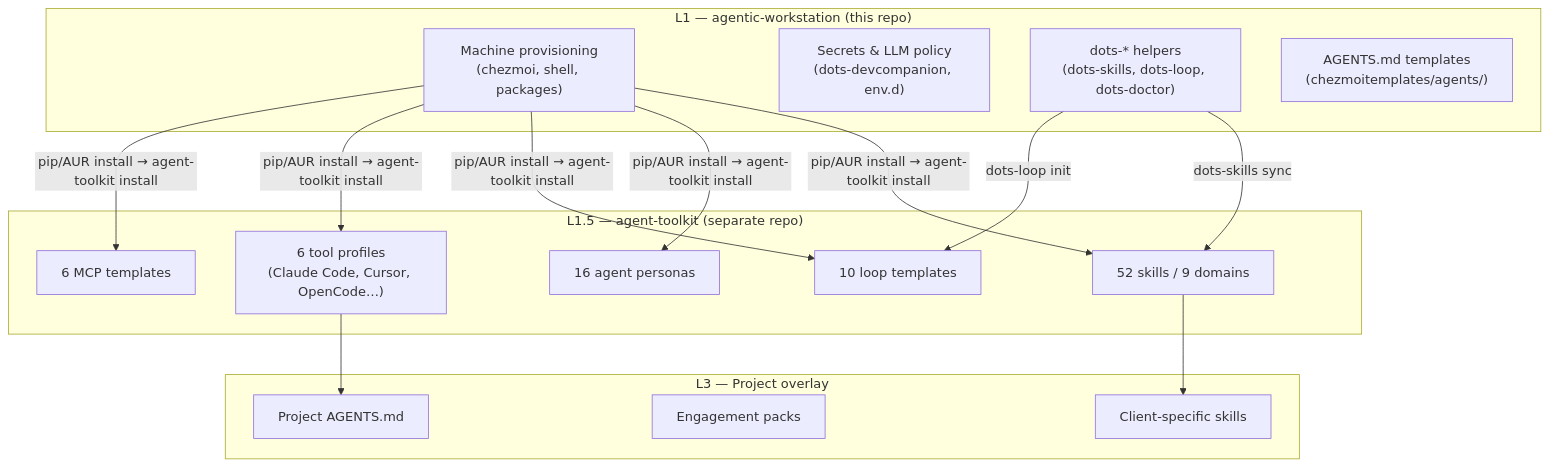
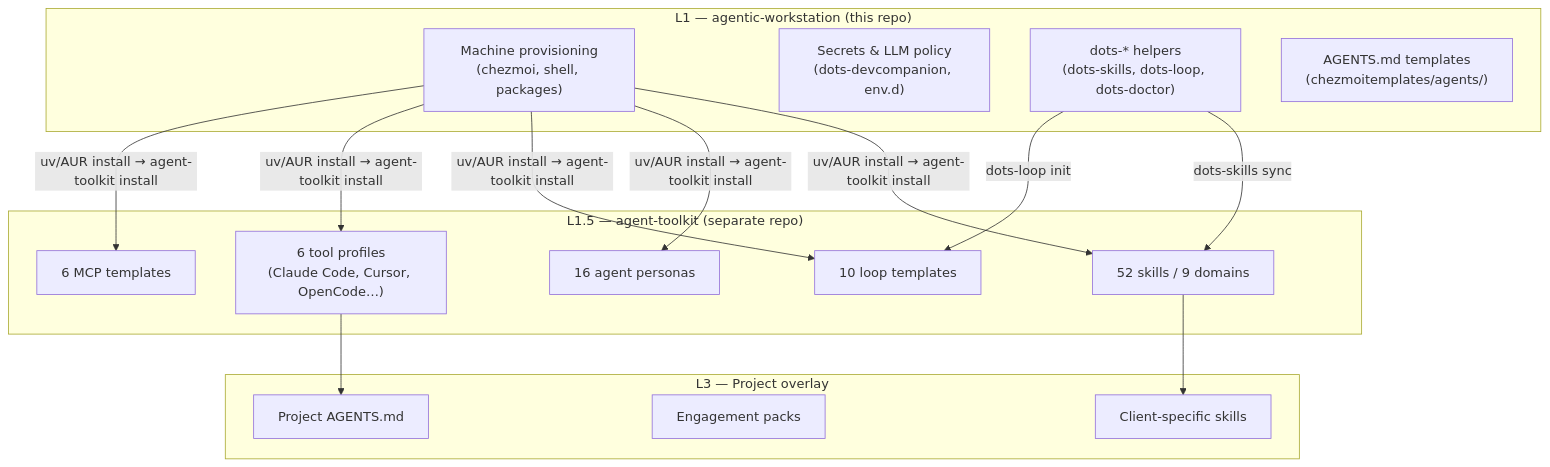
The second of 2 diagrams in docs/ARCHITECTURE.md (ulises-jeremias/agentic-workstation), drawn with Mermaid before and after one commit. The commit also changed other lines of this file and 3 other files, not shown here.

First line of the commit message:
docs: add three-layer architecture SVG and sync agent-toolkit docs

````diff
--- a/docs/ARCHITECTURE.md
+++ b/docs/ARCHITECTURE.md
@@ -65,33 +67,33 @@
 ```mermaid
 graph TD
     subgraph "L1 — agentic-workstation (this repo)"
         AW1["Machine provisioning<br/>(chezmoi, shell, packages)"]
         AW2["Secrets & LLM policy<br/>(dots-devcompanion, env.d)"]
         AW3["dots-* helpers<br/>(dots-skills, dots-loop, dots-doctor)"]
         AW4["AGENTS.md templates<br/>(chezmoitemplates/agents/)"]
     end
 
     subgraph "L1.5 — agent-toolkit (separate repo)"
         AT1["52 skills / 9 domains"]
         AT2["16 agent personas"]
         AT3["10 loop templates"]
         AT4["6 tool profiles<br/>(Claude Code, Cursor, OpenCode…)"]
         AT5["6 MCP templates"]
     end
 
     subgraph "L3 — Project overlay"
         PO1["Project AGENTS.md"]
         PO2["Engagement packs"]
         PO3["Client-specific skills"]
     end
 
-    AW1 -->|"pip/AUR install → agent-toolkit install"| AT1
-    AW1 -->|"pip/AUR install → agent-toolkit install"| AT2
-    AW1 -->|"pip/AUR install → agent-toolkit install"| AT3
-    AW1 -->|"pip/AUR install → agent-toolkit install"| AT4
-    AW1 -->|"pip/AUR install → agent-toolkit install"| AT5
+    AW1 -->|"uv/AUR install → agent-toolkit install"| AT1
+    AW1 -->|"uv/AUR install → agent-toolkit install"| AT2
+    AW1 -->|"uv/AUR install → agent-toolkit install"| AT3
+    AW1 -->|"uv/AUR install → agent-toolkit install"| AT4
+    AW1 -->|"uv/AUR install → agent-toolkit install"| AT5
     AW3 -->|"dots-skills sync"| AT1
     AW3 -->|"dots-loop init"| AT3
     AT1 --> PO3
     AT4 --> PO1
 ```
````
